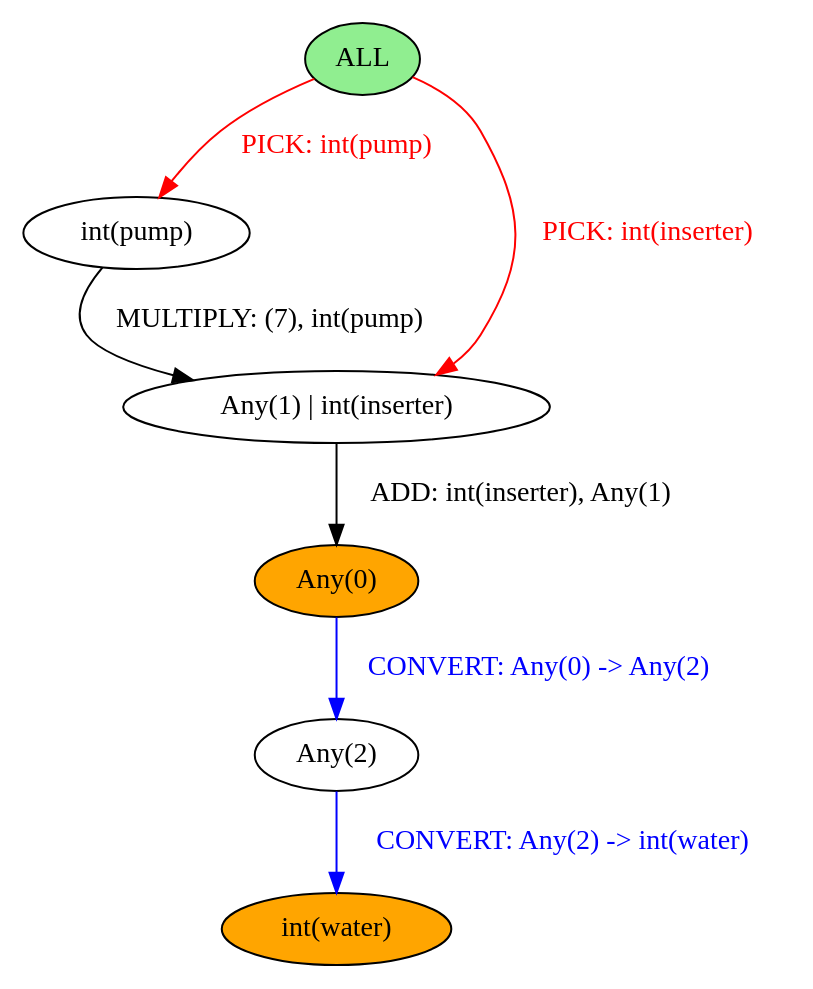
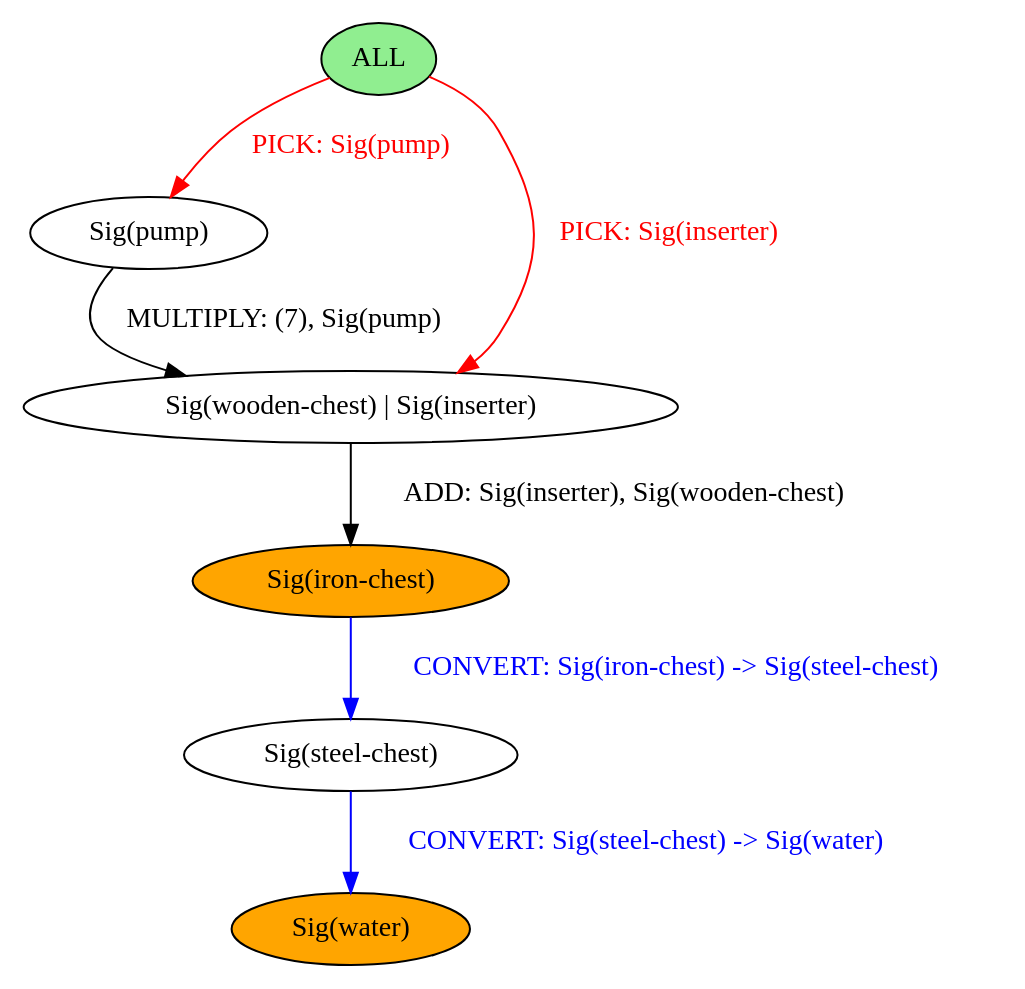
The diagram in chef/example_outputs/comments.dot (BalderHolst/chef), drawn with Graphviz before and after one commit. The commit also changed other lines of this file and 15 other files, not shown here.

```diff
--- a/chef/example_outputs/comments.dot
+++ b/chef/example_outputs/comments.dot
@@ -1,15 +1,15 @@
 strict digraph {
 	nodesep=1
-	4	[style=filled fillcolor=white label="int(pump)"]
-	6	[style=filled fillcolor=white label="Any(1) | int(inserter)"]
+	4	[style=filled fillcolor=white label="Sig(pump)"]
+	6	[style=filled fillcolor=white label="Sig(wooden-chest) | Sig(inserter)"]
 	0	[style=filled fillcolor=lightgreen label="ALL"]
-	9	[style=filled fillcolor=white label="Any(2)"]
-	8	[style=filled fillcolor=orange label="Any(0)"]
-	10	[style=filled fillcolor=orange label="int(water)"]
-	4 -> 6	[label="MULTIPLY: (7), int(pump)" color=black fontcolor=black]
-	6 -> 8	[label="ADD: int(inserter), Any(1)" color=black fontcolor=black]
-	0 -> 6	[label="PICK: int(inserter)" color=red fontcolor=red]
-	0 -> 4	[label="PICK: int(pump)" color=red fontcolor=red]
-	9 -> 10	[label="CONVERT: Any(2) -> int(water)" color=blue fontcolor=blue]
-	8 -> 9	[label="CONVERT: Any(0) -> Any(2)" color=blue fontcolor=blue]
+	9	[style=filled fillcolor=white label="Sig(steel-chest)"]
+	8	[style=filled fillcolor=orange label="Sig(iron-chest)"]
+	10	[style=filled fillcolor=orange label="Sig(water)"]
+	4 -> 6	[label="MULTIPLY: (7), Sig(pump)" color=black fontcolor=black]
+	6 -> 8	[label="ADD: Sig(inserter), Sig(wooden-chest)" color=black fontcolor=black]
+	0 -> 6	[label="PICK: Sig(inserter)" color=red fontcolor=red]
+	0 -> 4	[label="PICK: Sig(pump)" color=red fontcolor=red]
+	9 -> 10	[label="CONVERT: Sig(steel-chest) -> Sig(water)" color=blue fontcolor=blue]
+	8 -> 9	[label="CONVERT: Sig(iron-chest) -> Sig(steel-chest)" color=blue fontcolor=blue]
 }
```
